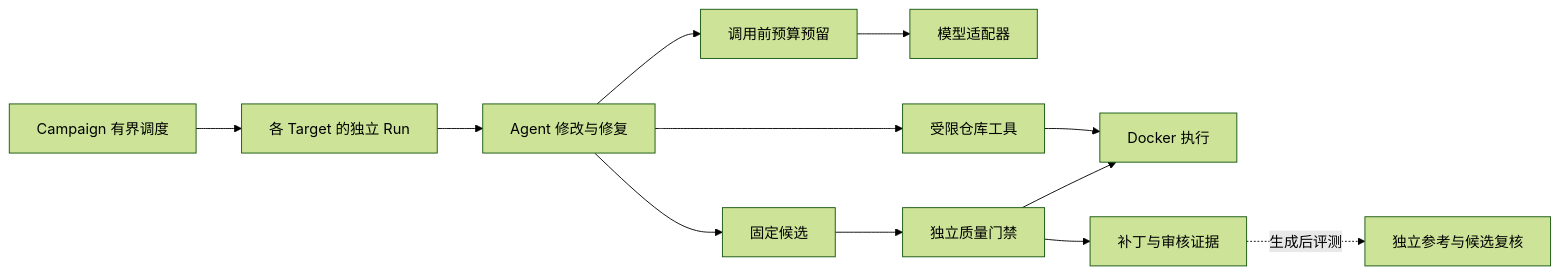
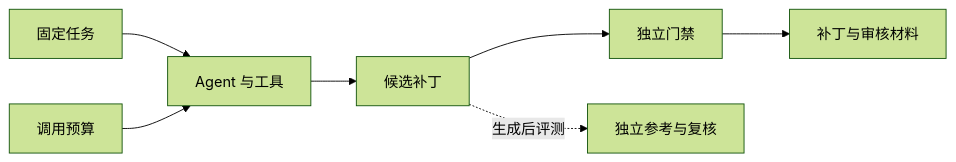
The diagram in README.md (secacy/agent-harness), drawn with Mermaid (forest theme) before and after one commit. The commit also changed other lines of this file and 57 other files, not shown here.

````diff
--- a/README.md
+++ b/README.md
@@ -19,14 +13,9 @@
 ```mermaid
 flowchart LR
-    Campaign[Campaign 有界调度] --> Run[各 Target 的独立 Run]
-    Run --> Agent[Agent 修改与修复]
-    Agent --> Budget[调用前预算预留]
-    Budget --> Model[模型适配器]
-    Agent --> Tools[受限仓库工具]
-    Tools --> Docker[Docker 执行]
-    Agent --> Candidate[固定候选]
-    Candidate --> Gate[独立质量门禁]
-    Gate --> Docker
-    Gate --> Review[补丁与审核证据]
-    Review -.生成后评测.-> Reference[独立参考与候选复核]
+    Task[固定任务] --> Agent[Agent 与工具]
+    Budget[调用预算] --> Agent
+    Agent --> Candidate[候选补丁]
+    Candidate --> Gate[独立门禁]
+    Gate --> Report[补丁与审核材料]
+    Candidate -.生成后评测.-> Truth[独立参考与复核]
 ```
````
